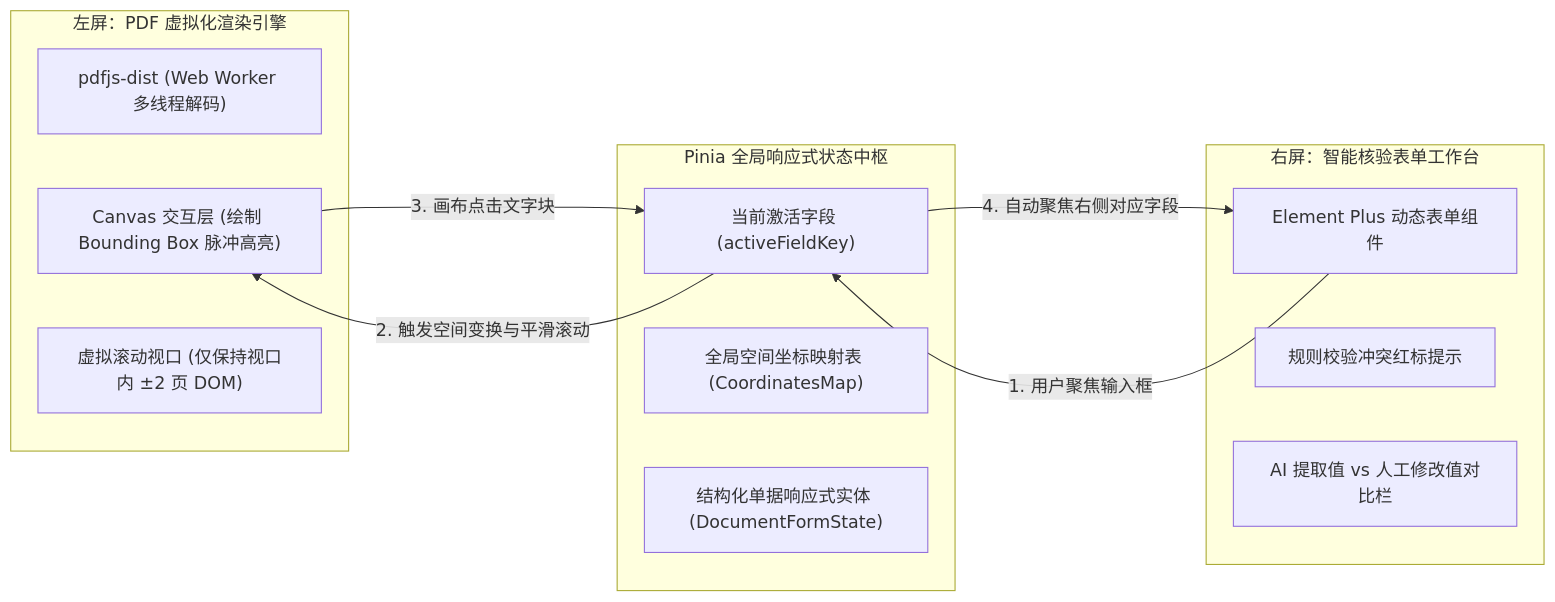
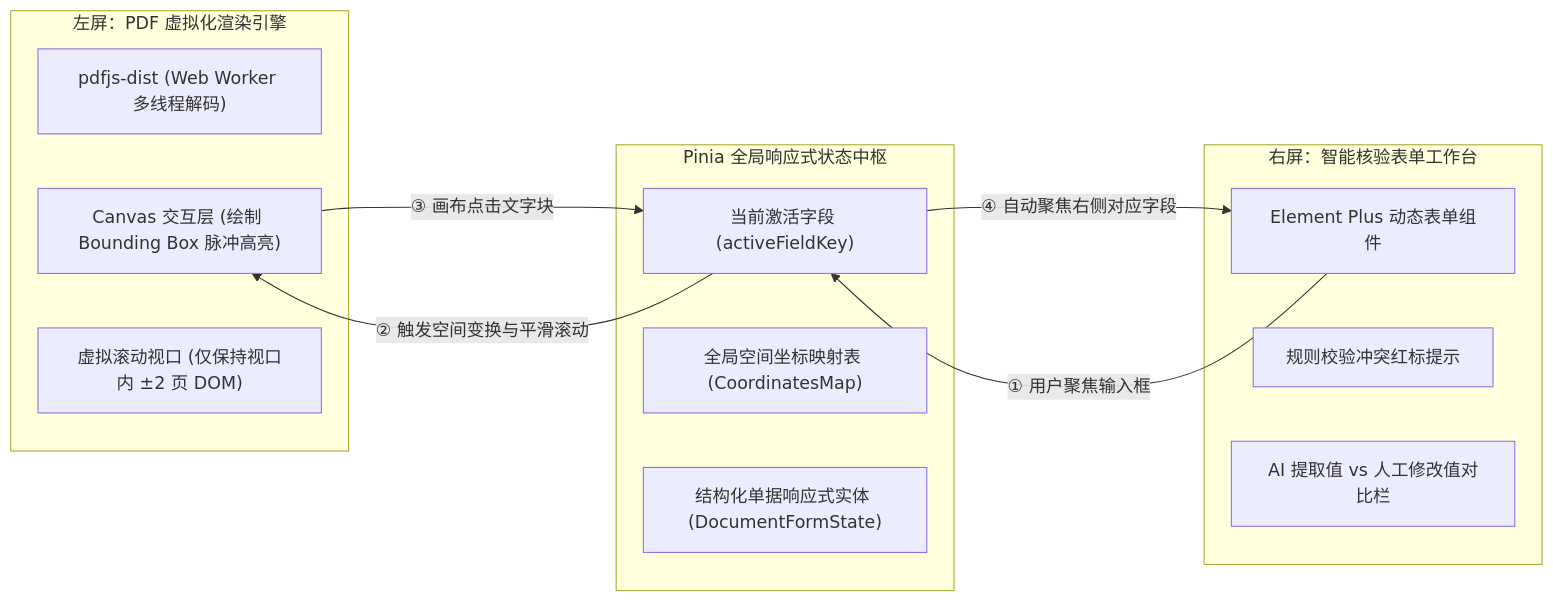
One commit to xyfu66/BlogWeb changed the diagram in source/blog-web/src/posts/series/enterprise-ai-ocr/enterprise-ai-ocr-part-5-vue3-canvas-pdf-workbench.md. Above: the diagram before and after it, drawn with Mermaid. The commit also changed 4 other files, not shown here.

Commit message:
fix: cursor中图表渲染问题

````diff
--- a/source/blog-web/src/posts/series/enterprise-ai-ocr/enterprise-ai-ocr-part-5-vue3-canvas-pdf-workbench.md
+++ b/source/blog-web/src/posts/series/enterprise-ai-ocr/enterprise-ai-ocr-part-5-vue3-canvas-pdf-workbench.md
@@ -24,25 +24,25 @@
 ```mermaid
 flowchart LR
     subgraph LeftPanel["左屏：PDF 虚拟化渲染引擎"]
         PDFCanvas["pdfjs-dist (Web Worker 多线程解码)"]
         OverlayCanvas["Canvas 交互层 (绘制 Bounding Box 脉冲高亮)"]
         VirtualScroll["虚拟滚动视口 (仅保持视口内 ±2 页 DOM)"]
     end
 
     subgraph StateManagement["Pinia 全局响应式状态中枢"]
         ActiveField["当前激活字段 (activeFieldKey)"]
         BBoxCoords["全局空间坐标映射表 (CoordinatesMap)"]
         DocData["结构化单据响应式实体 (DocumentFormState)"]
     end
 
     subgraph RightPanel["右屏：智能核验表单工作台"]
         FormFields["Element Plus 动态表单组件"]
         ValidationBadge["规则校验冲突红标提示"]
         DiffBar["AI 提取值 vs 人工修改值对比栏"]
     end
 
-    FormFields -->|1. 用户聚焦输入框| ActiveField
-    ActiveField -->|2. 触发空间变换与平滑滚动| OverlayCanvas
-    OverlayCanvas -->|3. 画布点击文字块| ActiveField
-    ActiveField -->|4. 自动聚焦右侧对应字段| FormFields
+    FormFields -->|"① 用户聚焦输入框"| ActiveField
+    ActiveField -->|"② 触发空间变换与平滑滚动"| OverlayCanvas
+    OverlayCanvas -->|"③ 画布点击文字块"| ActiveField
+    ActiveField -->|"④ 自动聚焦右侧对应字段"| FormFields
 ```
````
